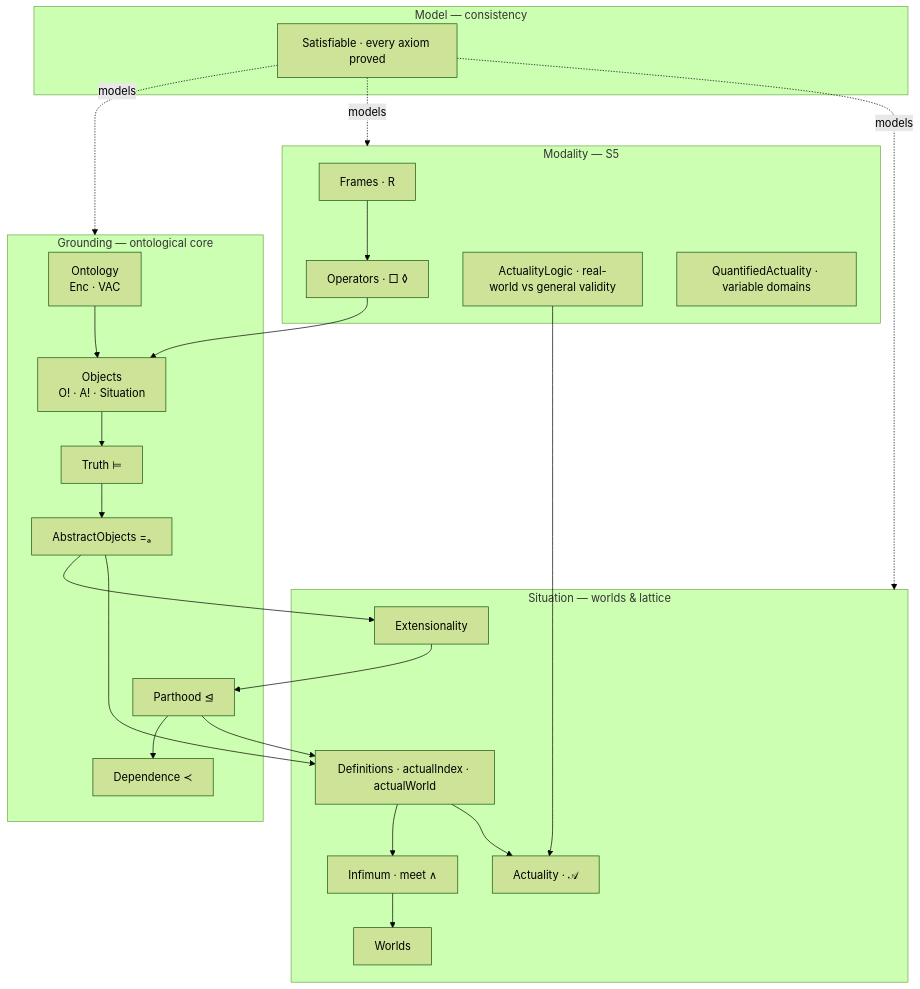
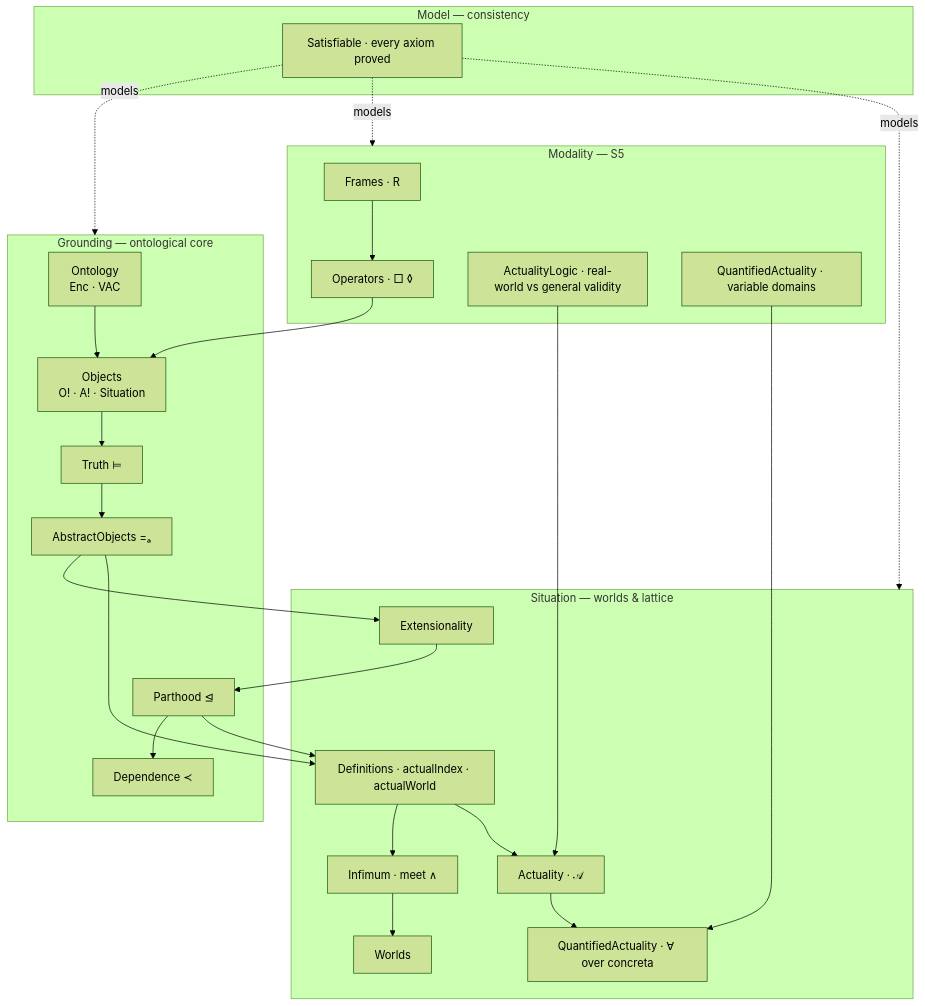
Before and after one commit to HanielUlises/Possible-World-Semantics: the first of 2 diagrams in README.md, drawn with Mermaid (forest theme). The commit also changed other lines of this file, not shown here.

````diff
--- a/README.md
+++ b/README.md
@@ -17,37 +17,40 @@
 ```mermaid
 flowchart TD
     subgraph G["Grounding — ontological core"]
         Ont["Ontology<br/>Enc · VAC"]
         Obj["Objects<br/>O! · A! · Situation"]
         Tru["Truth ⊨"]
         Par["Parthood ⊴"]
         Dep["Dependence ≺"]
         Abs["AbstractObjects =ₐ"]
     end
     subgraph M["Modality — S5"]
         Fr["Frames · R"]
         Op["Operators · □ ◊"]
         AL["ActualityLogic · real-world vs general validity"]
         QA["QuantifiedActuality · variable domains"]
     end
     subgraph S["Situation — worlds & lattice"]
         Def["Definitions · actualIndex · actualWorld"]
         Ext["Extensionality"]
         Inf["Infimum · meet ∧"]
         Wld["Worlds"]
         Act["Actuality · 𝒜"]
+        QAct["QuantifiedActuality · ∀ over concreta"]
     end
     Fr --> Op
     Ont --> Obj --> Tru --> Abs --> Ext --> Par --> Dep
     Op --> Obj
     Par --> Def
     Abs --> Def --> Inf --> Wld
     Def --> Act
     AL --> Act
+    Act --> QAct
+    QA --> QAct
     subgraph X["Model — consistency"]
         Sat["Satisfiable · every axiom proved"]
     end
     Sat -. "models" .-> G
     Sat -. "models" .-> M
     Sat -. "models" .-> S
 ```
````
